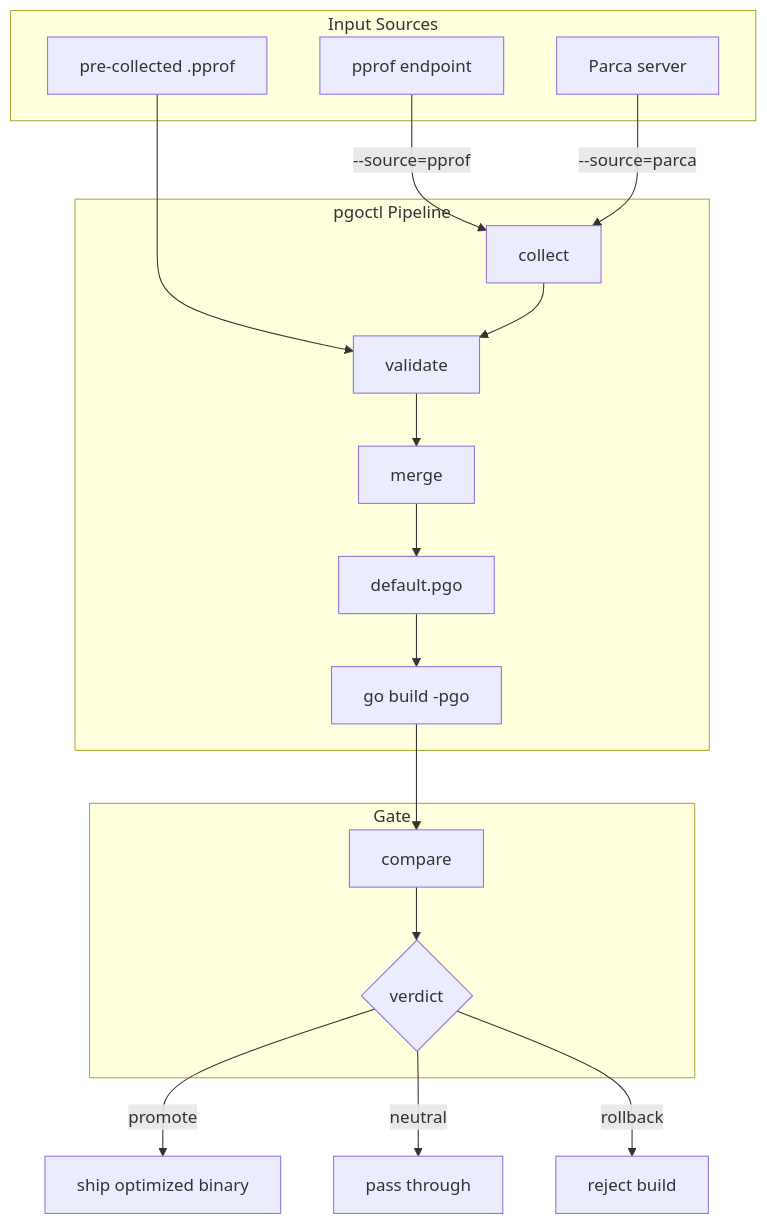
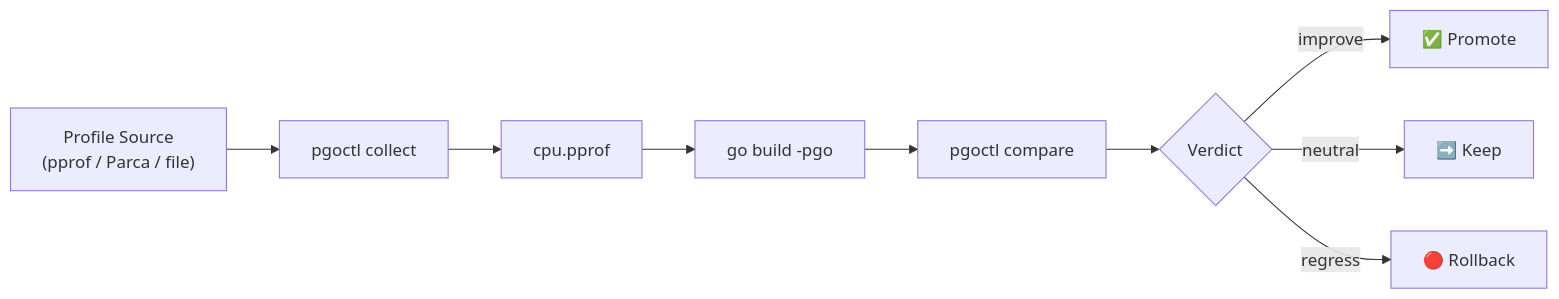
The diagram in README.md (actions-marketplace-validations/better-go-labs_pgoctl), drawn with Mermaid before and after one commit.

Commit message:
docs: simplify pipeline diagram to linear flowchart LR
Replace dense 3-subgraph flowchart TD with a compact 8-node
flowchart LR — single linear flow readable at a glance.

````diff
--- a/README.md
+++ b/README.md
@@ -21,34 +21,11 @@
 ```mermaid
-flowchart TD
-    subgraph src ["Input Sources"]
-        P1[pprof endpoint]
-        P2[Parca server]
-        P3[pre-collected .pprof]
-    end
-
-    subgraph pipe ["pgoctl Pipeline"]
-        COL[collect]
-        VAL[validate]
-        MRG[merge]
-        PGO[default.pgo]
-        BLD["go build -pgo"]
-    end
-
-    subgraph gate ["Gate"]
-        CMP[compare]
-        VRD{verdict}
-    end
-
-    P1 -->|--source=pprof| COL
-    P2 -->|--source=parca| COL
-    P3 --> VAL
-    COL --> VAL
-    VAL --> MRG
-    MRG --> PGO
-    PGO --> BLD
-    BLD --> CMP
-    CMP --> VRD
-    VRD -->|promote| SHIP[ship optimized binary]
-    VRD -->|neutral| PASS[pass through]
-    VRD -->|rollback| REJECT[reject build]
+flowchart LR
+    A["Profile Source\n(pprof / Parca / file)"] --> B["pgoctl collect"]
+    B --> C["cpu.pprof"]
+    C --> D["go build -pgo"]
+    D --> E["pgoctl compare"]
+    E --> F{"Verdict"}
+    F -->|improve| G["✅ Promote"]
+    F -->|neutral| H["➡️ Keep"]
+    F -->|regress| I["🔴 Rollback"]
 ```
````
